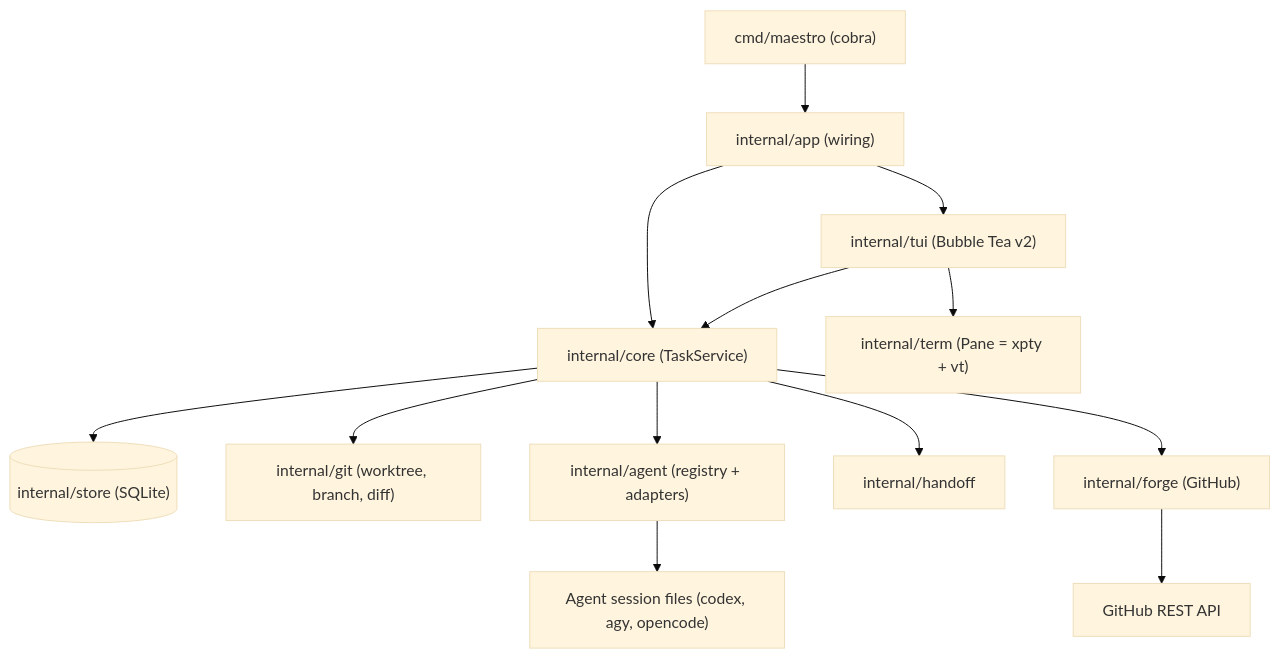
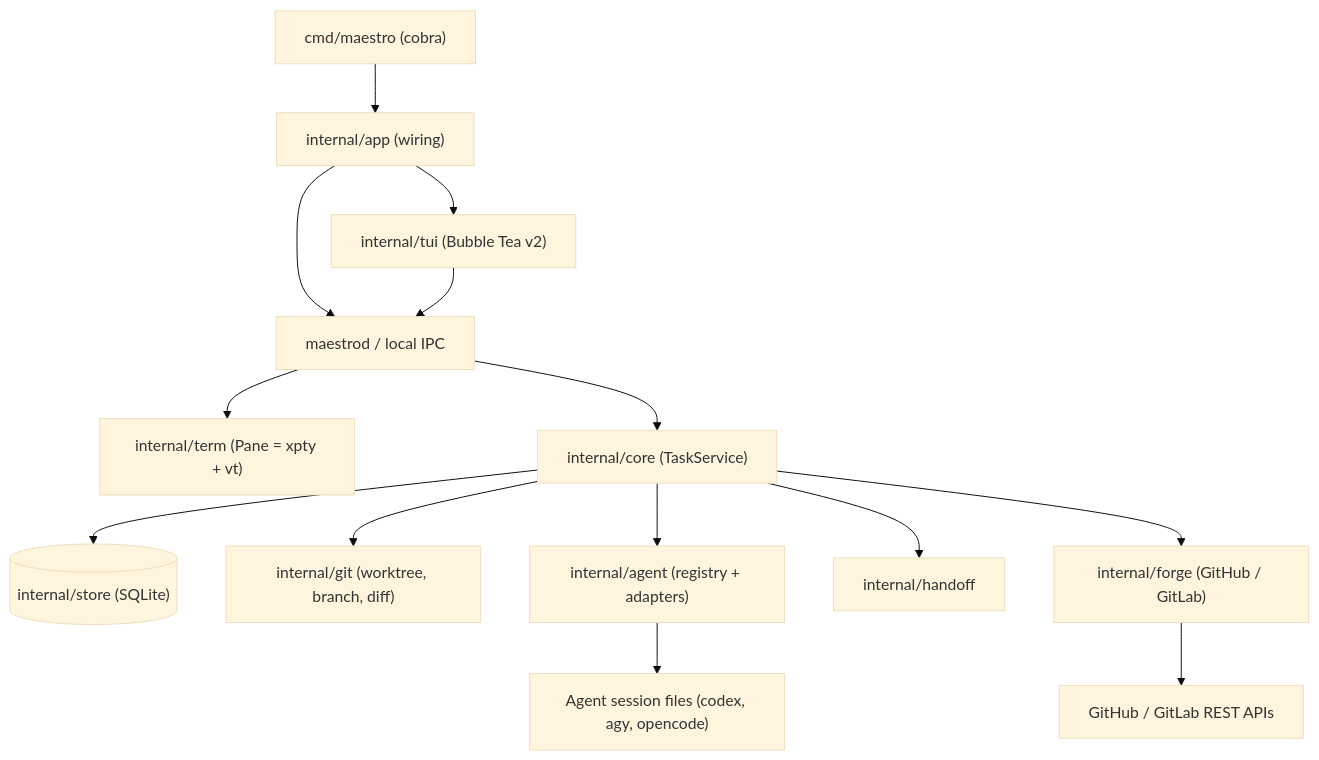
The first of 5 diagrams in docs/PLAN.md (mmoehabb/maestro), drawn with Mermaid (base theme) before and after one commit. The commit also changed other lines of this file and 60 other files, not shown here.

First line of the commit message:
feat: implement phase 5 daemon, gitlab provider, and task rename

````diff
--- a/docs/PLAN.md
+++ b/docs/PLAN.md
@@ -41,15 +41,16 @@
 ```mermaid
 flowchart TD
   CLI["cmd/maestro (cobra)"] --> App["internal/app (wiring)"]
   App --> TUI["internal/tui (Bubble Tea v2)"]
-  App --> Core["internal/core (TaskService)"]
-  TUI --> Pane["internal/term (Pane = xpty + vt)"]
-  TUI --> Core
+  App --> Daemon["maestrod / local IPC"]
+  TUI --> Daemon
+  Daemon --> Pane["internal/term (Pane = xpty + vt)"]
+  Daemon --> Core["internal/core (TaskService)"]
   Core --> Store[("internal/store (SQLite)")]
   Core --> Git["internal/git (worktree, branch, diff)"]
   Core --> Agents["internal/agent (registry + adapters)"]
   Core --> Handoff["internal/handoff"]
-  Core --> Forge["internal/forge (GitHub)"]
+  Core --> Forge["internal/forge (GitHub / GitLab)"]
   Agents --> Native["Agent session files (codex, agy, opencode)"]
-  Forge --> GH["GitHub REST API"]
+  Forge --> GH["GitHub / GitLab REST APIs"]
 ```
````
